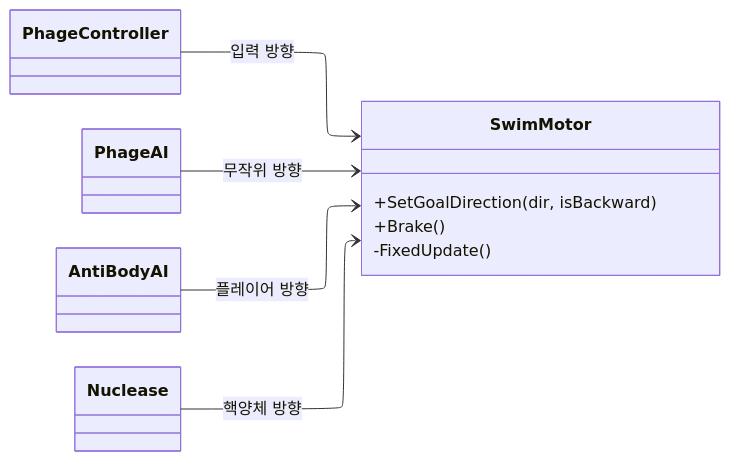
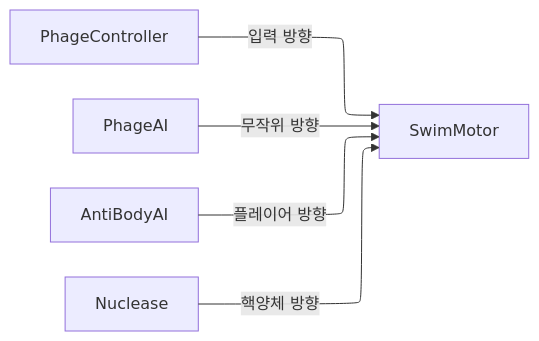
One commit to Lets-Gitit/portfolio changed the second of 6 diagrams in src/0-super-phage/기술 문서.md. Above: the diagram before and after it, drawn with Mermaid. The commit also changed other lines of this file and 3 other files, not shown here.

````diff
--- a/src/0-super-phage/기술 문서.md
+++ b/src/0-super-phage/기술 문서.md
@@ -264,17 +127,11 @@
 ```mermaid
 ---
 config:
   layout: elk
 ---
-classDiagram
-    direction LR
-    class SwimMotor {
-        +SetGoalDirection(dir, isBackward)
-        +Brake()
-        -FixedUpdate()
-    }
-    PhageController --> SwimMotor : 입력 방향
-    PhageAI --> SwimMotor : 무작위 방향
-    AntiBodyAI --> SwimMotor : 플레이어 방향
-    Nuclease --> SwimMotor : 핵양체 방향
+flowchart LR
+    PhageController -->|입력 방향| SwimMotor
+    PhageAI -->|무작위 방향| SwimMotor
+    AntiBodyAI -->|플레이어 방향| SwimMotor
+    Nuclease -->|핵양체 방향| SwimMotor
 ```
````
